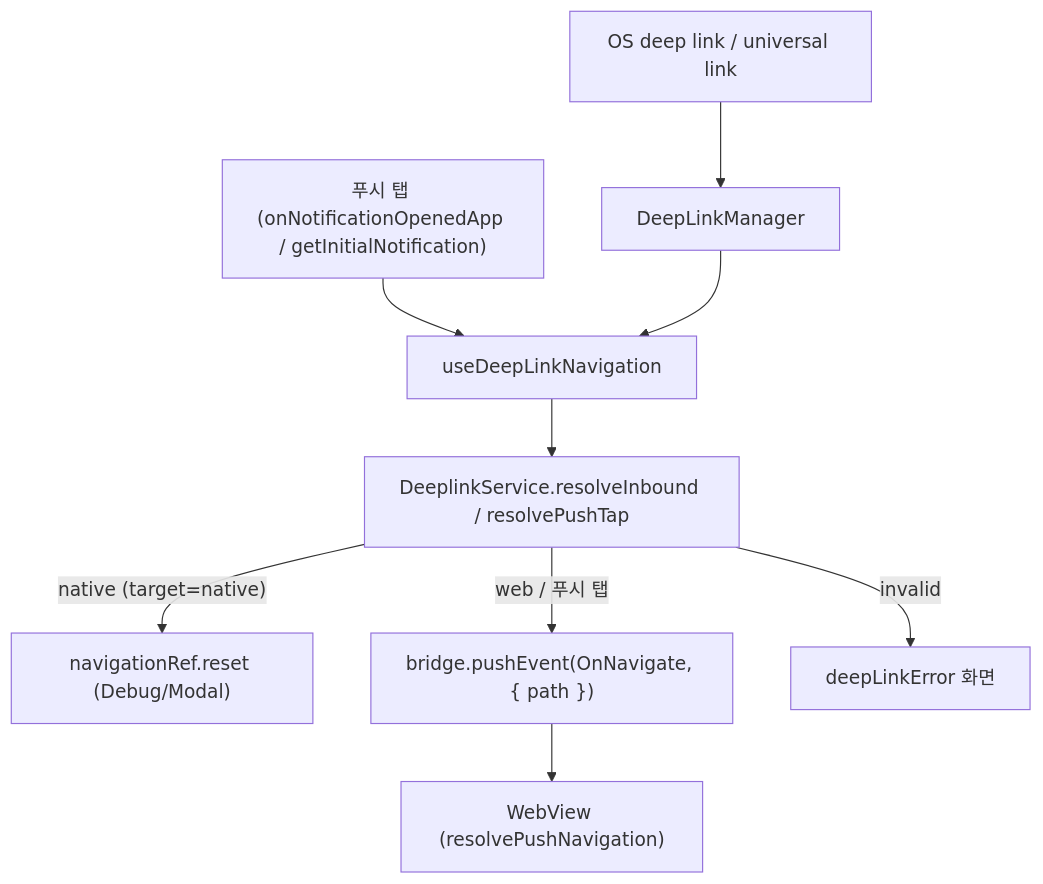
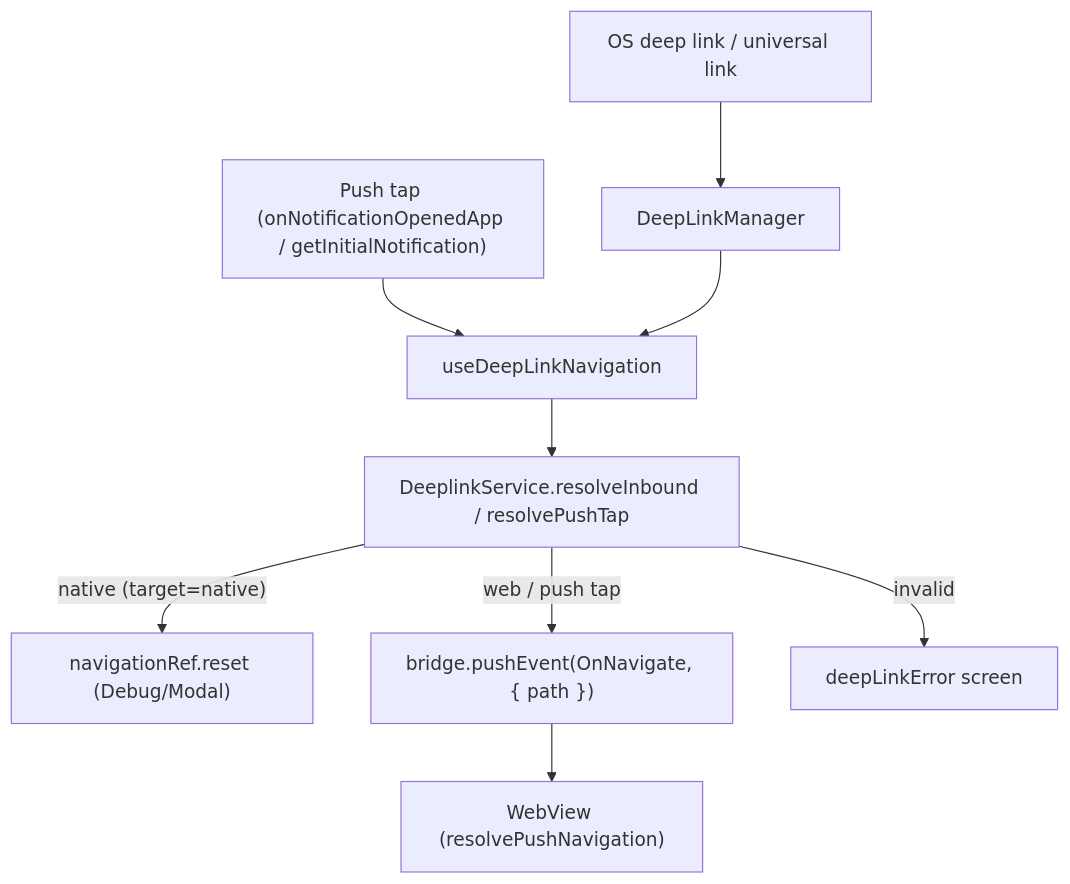
Before and after one commit to lemoncloud-io/dou-app: the diagram in apps/mobile/docs/deeplink.md, drawn with Mermaid. The commit also changed other lines of this file, not shown here.

````diff
--- a/apps/mobile/docs/deeplink.md
+++ b/apps/mobile/docs/deeplink.md
@@ -21,11 +22,11 @@
 ```mermaid
 flowchart TD
     OS["OS deep link / universal link"] --> Manager["DeepLinkManager"]
-    Push["푸시 탭 (onNotificationOpenedApp / getInitialNotification)"] --> Coord
+    Push["Push tap (onNotificationOpenedApp / getInitialNotification)"] --> Coord
     Manager --> Coord["useDeepLinkNavigation"]
     Coord --> Resolve["DeeplinkService.resolveInbound / resolvePushTap"]
     Resolve -->|"native (target=native)"| Native["navigationRef.reset (Debug/Modal)"]
-    Resolve -->|"web / 푸시 탭"| Navigate["bridge.pushEvent(OnNavigate, { path })"]
-    Resolve -->|"invalid"| Error["deepLinkError 화면"]
+    Resolve -->|"web / push tap"| Navigate["bridge.pushEvent(OnNavigate, { path })"]
+    Resolve -->|"invalid"| Error["deepLinkError screen"]
     Navigate --> Web["WebView (resolvePushNavigation)"]
 ```
````
